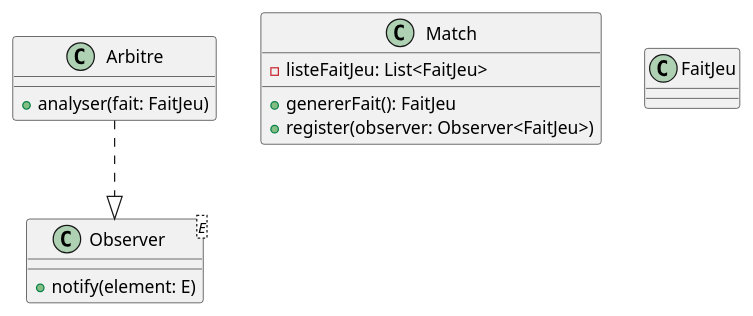
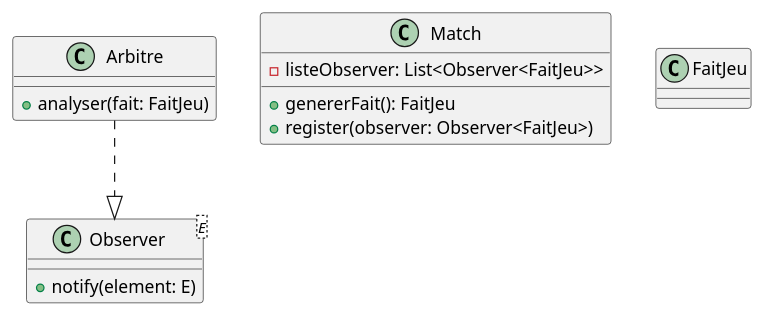
One commit to jandry/design-pattern changed the diagram in src/uml/observer.puml. Above: the diagram before and after it, drawn with PlantUML.

```diff
--- a/src/uml/observer.puml
+++ b/src/uml/observer.puml
@@ -1,21 +1,21 @@
 @startuml Observer
 
 class Observer<E> {
     + notify(element: E)
 }
 
 class Match {
-    - listeFaitJeu: List<FaitJeu>
+    - listeObserver: List<Observer<FaitJeu>>
     + genererFait(): FaitJeu
     + register(observer: Observer<FaitJeu>)
 }
 
 class FaitJeu
 
 class Arbitre {
     + analyser(fait: FaitJeu)
 }
 
 Arbitre..|>Observer
 
 @enduml
```
